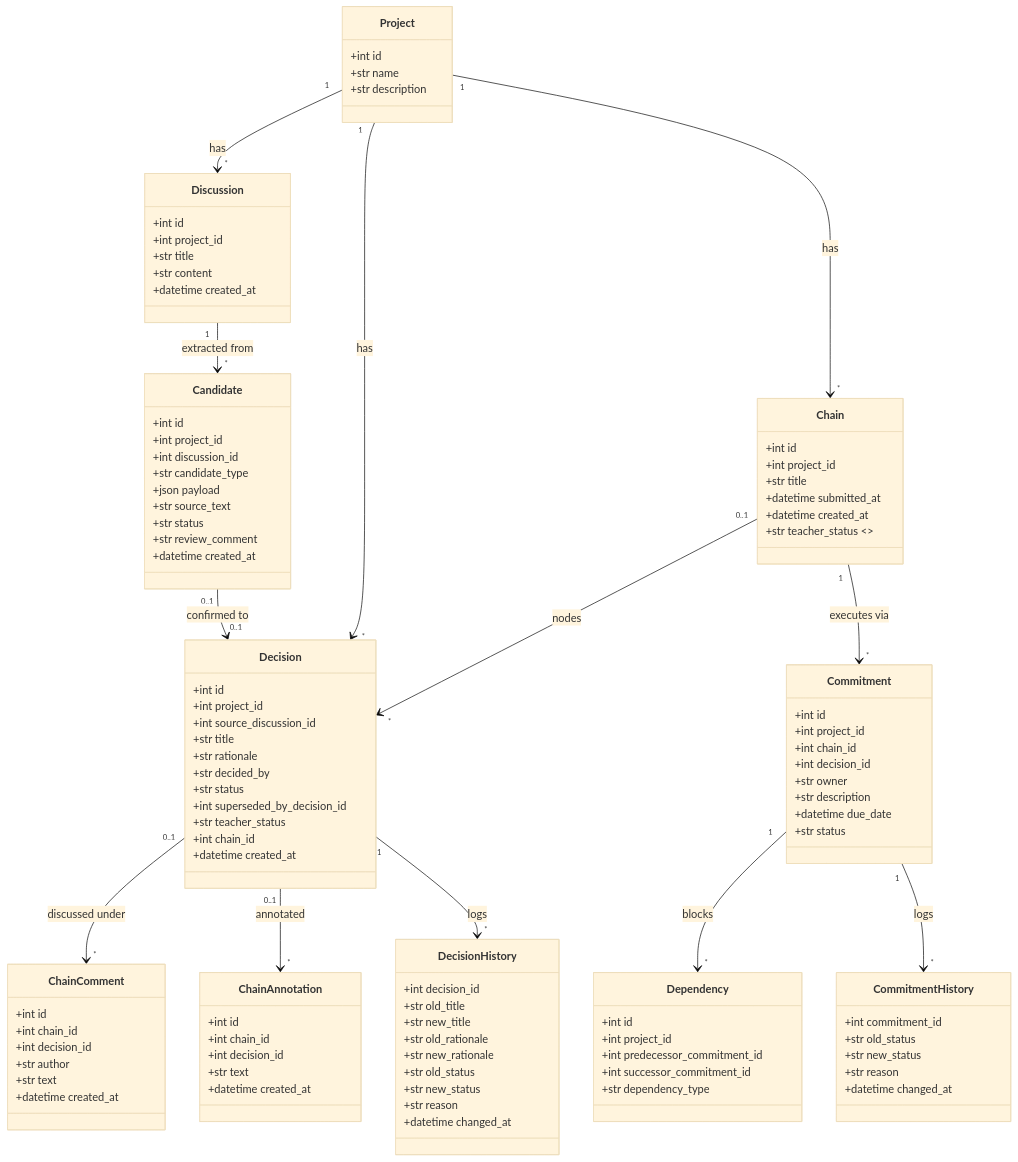
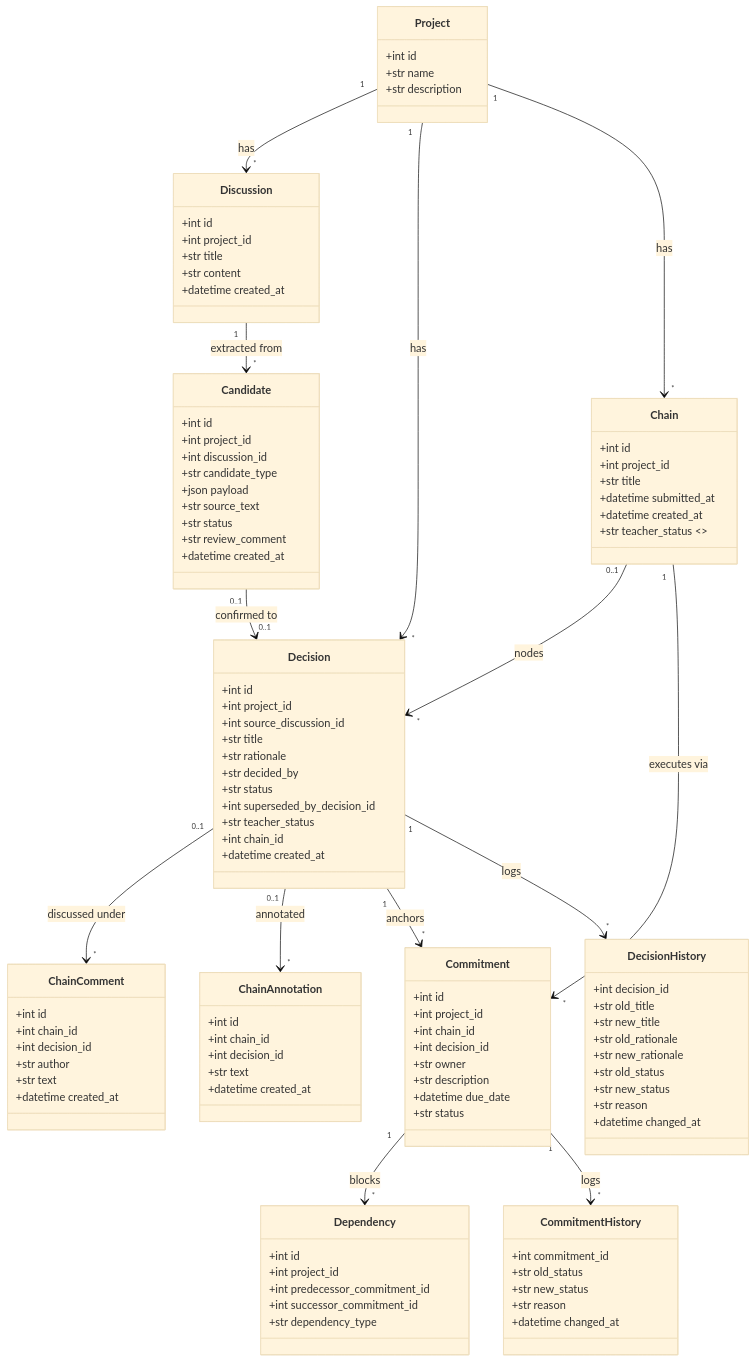
One commit to wyz-water/DecisionTrace changed the first of 3 diagrams in docs/design/design-models.md. Above: the diagram before and after it, drawn with Mermaid (base theme). The commit also changed 11 other files, not shown here.

```diff
--- a/docs/design/design-models.md
+++ b/docs/design/design-models.md
@@ -112,6 +112,7 @@
     Decision "0..1" --> "*" ChainComment : discussed under
     Decision "0..1" --> "*" ChainAnnotation : annotated
     Chain "1" --> "*" Commitment : executes via
+    Decision "1" --> "*" Commitment : anchors
     Commitment "1" --> "*" Dependency : blocks
     Commitment "1" --> "*" CommitmentHistory : logs
     Decision "1" --> "*" DecisionHistory : logs
```
